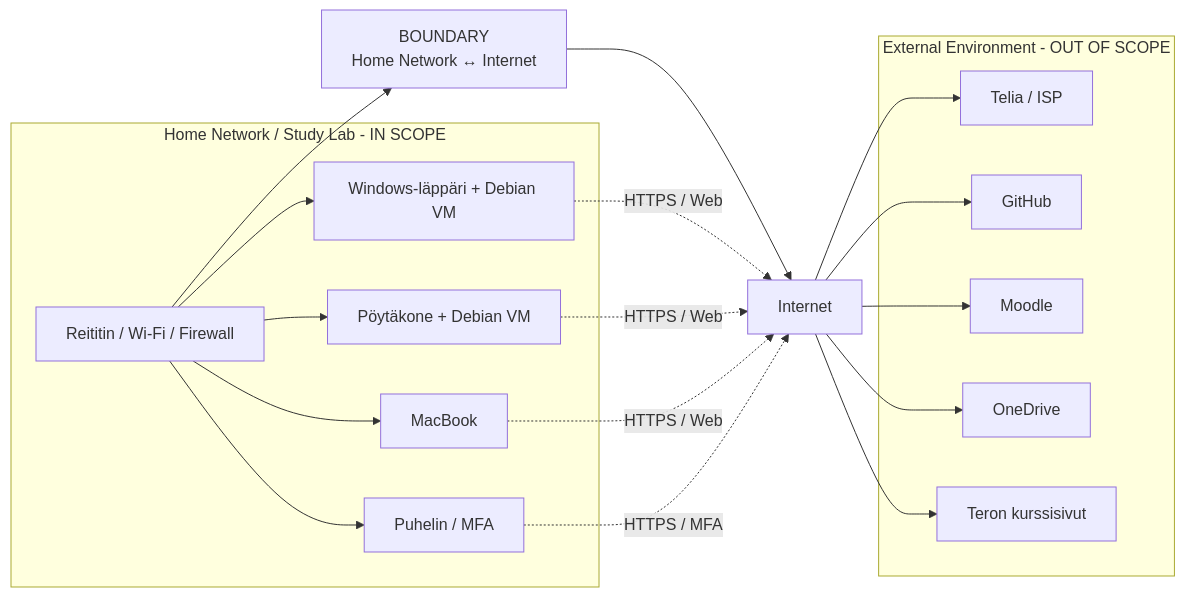
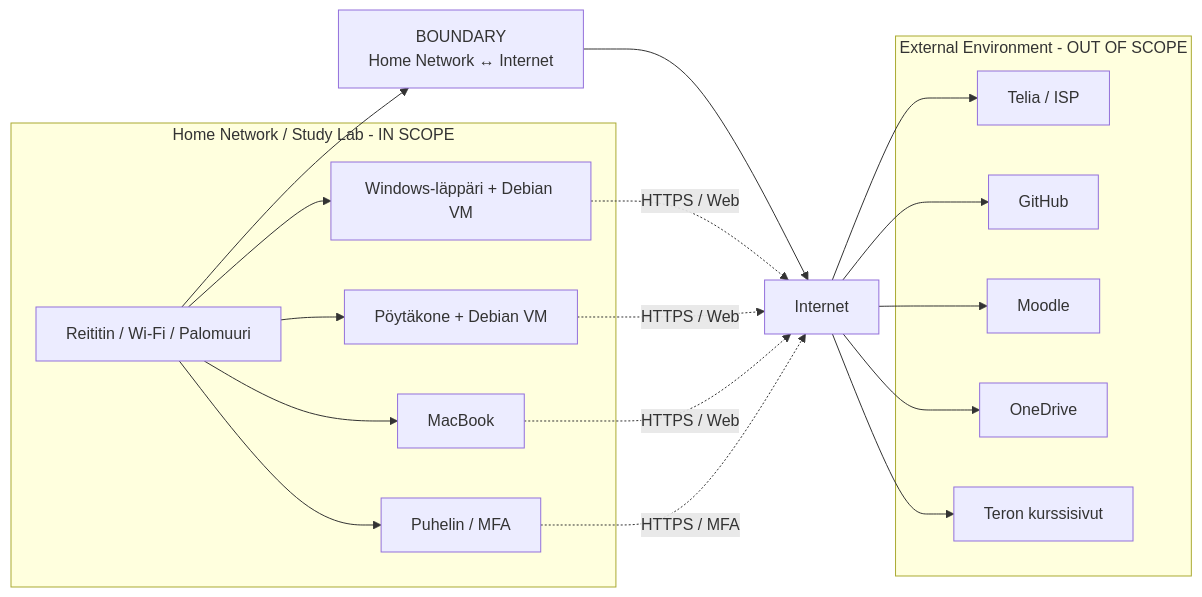
One commit to Ralchuu/sovellustenhakkerointi changed the diagram in h1.md. Above: the diagram before and after it, drawn with Mermaid.

Commit message:
Update Router label in flowchart

````diff
--- a/h1.md
+++ b/h1.md
@@ -89,41 +89,41 @@
 ```mermaid
 flowchart LR
     subgraph IN["Home Network / Study Lab - IN SCOPE"]
-        Router["Reititin / Wi-Fi / Firewall"]
+        Router["Reititin / Wi-Fi / Palomuuri"]
         Laptop["Windows-läppäri + Debian VM"]
         Desktop["Pöytäkone + Debian VM"]
         Mac["MacBook"]
         Phone["Puhelin / MFA"]
 
         Router --> Laptop
         Router --> Desktop
         Router --> Mac
         Router --> Phone
     end
 
     Boundary["BOUNDARY<br/>Home Network ↔ Internet"]
 
     Internet["Internet"]
 
     subgraph OUT["External Environment - OUT OF SCOPE"]
         ISP["Telia / ISP"]
         GitHub["GitHub"]
         Moodle["Moodle"]
         OneDrive["OneDrive"]
         Tero["Teron kurssisivut"]
     end
 
     Router --> Boundary
     Boundary --> Internet
 
     Internet --> ISP
     Internet --> GitHub
     Internet --> Moodle
     Internet --> OneDrive
     Internet --> Tero
 
     Laptop -. "HTTPS / Web" .-> Internet
     Desktop -. "HTTPS / Web" .-> Internet
     Mac -. "HTTPS / Web" .-> Internet
     Phone -. "HTTPS / MFA" .-> Internet
 ```
````
